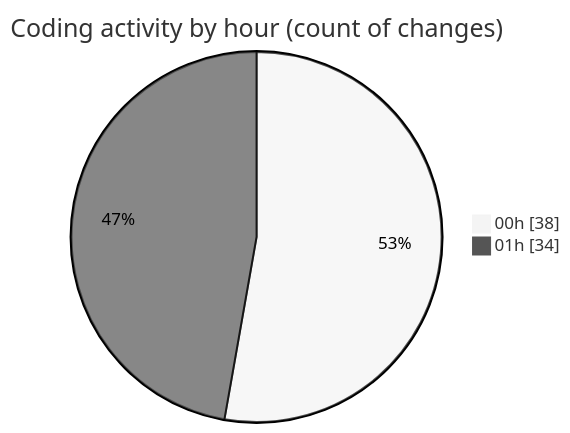
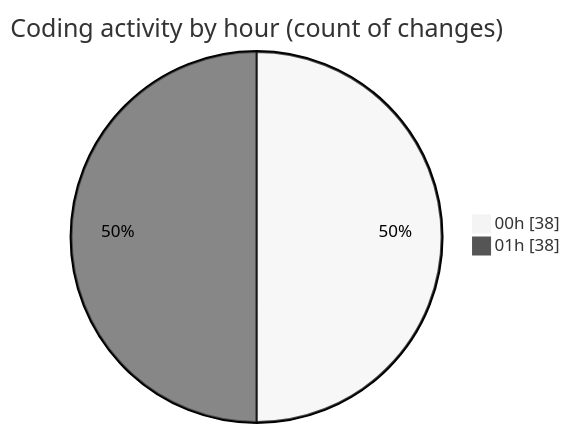
The second of 2 diagrams in 2025-07-27/quanlyrapchieuphim-1/README.md (lephambinh05/code-tracking), drawn with Mermaid (neutral theme) before and after one commit. The commit also changed other lines of this file and 1 other file, not shown here.

````diff
--- a/2025-07-27/quanlyrapchieuphim-1/README.md
+++ b/2025-07-27/quanlyrapchieuphim-1/README.md
@@ -52,6 +52,6 @@
 ```mermaid
 pie showData
 title Coding activity by hour (count of changes)
 "00h" : 38
-"01h" : 34
+"01h" : 38
 ```
````
